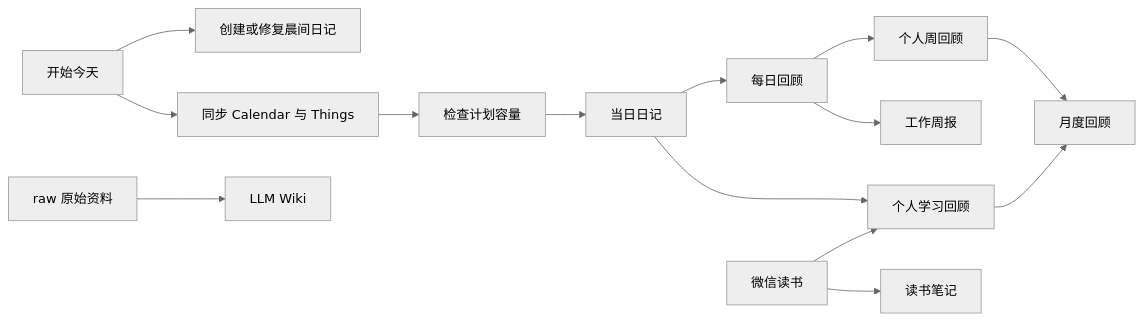
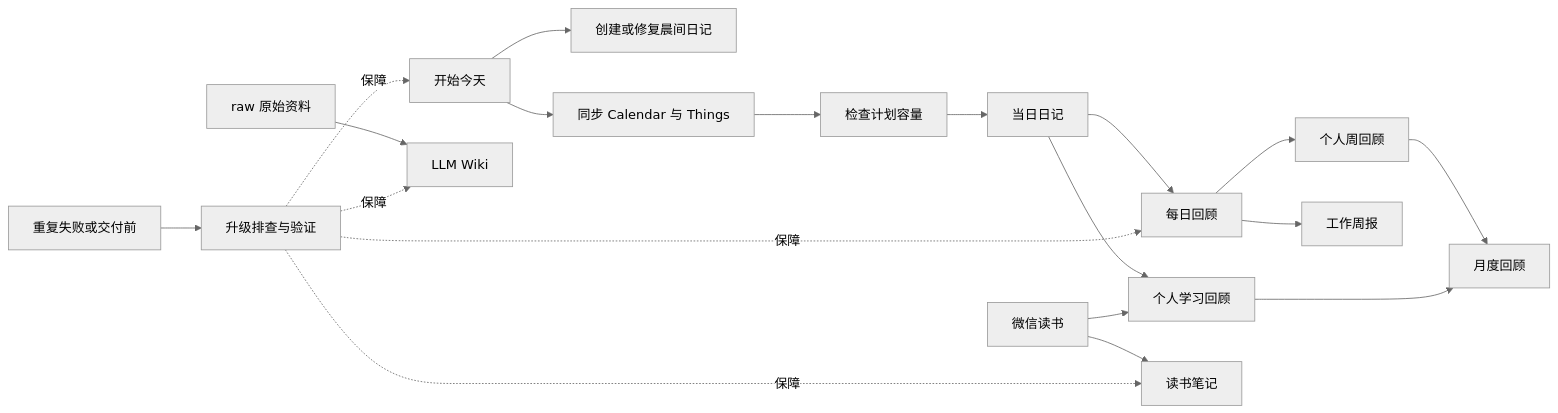
The diagram in README.md (lvbo/big_orange_skills), drawn with Mermaid (neutral theme) before and after one commit. The commit also changed other lines of this file, not shown here.

````diff
--- a/README.md
+++ b/README.md
@@ -16,16 +17,21 @@
 ```mermaid
 flowchart LR
     A[开始今天] --> B[创建或修复晨间日记]
     A --> C[同步 Calendar 与 Things]
     C --> D[检查计划容量]
     D --> E[当日日记]
     E --> F[每日回顾]
     F --> G[个人周回顾]
     F --> H[工作周报]
     G --> I[月度回顾]
     E --> J[个人学习回顾]
     J --> I
     K[raw 原始资料] --> L[LLM Wiki]
     M[微信读书] --> J
     M --> N[读书笔记]
+    O[重复失败或交付前] --> P[升级排查与验证]
+    P -.保障.-> A
+    P -.保障.-> F
+    P -.保障.-> L
+    P -.保障.-> N
 ```
````
